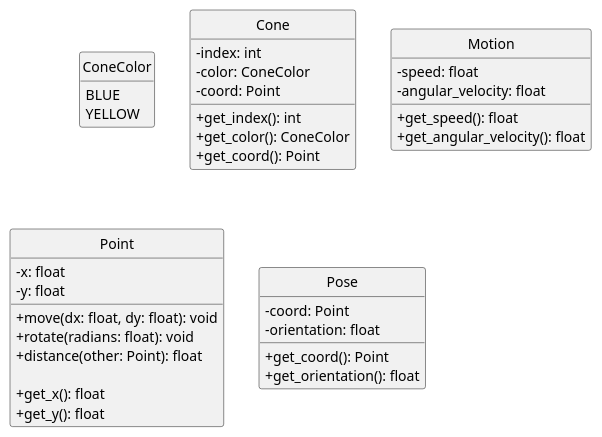
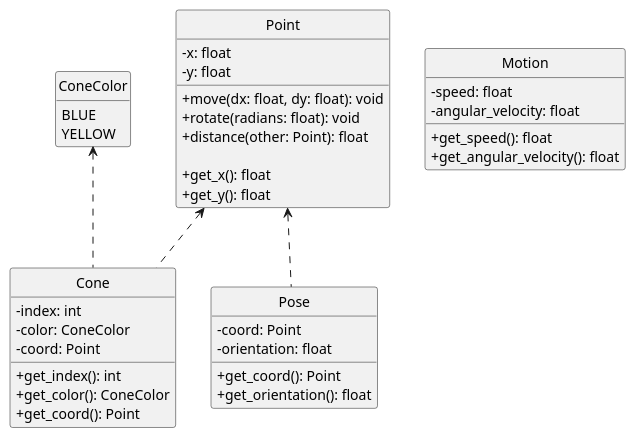
Before and after one commit to laFette21/thesis-bsc: the diagram in simulator/doc/simulator.puml, drawn with PlantUML.

```diff
--- a/simulator/doc/simulator.puml
+++ b/simulator/doc/simulator.puml
@@ -1,57 +1,61 @@
 @startuml Simulator
 
 skinparam Monochrome true
 skinparam ClassAttributeIconSize 0
 
 enum ConeColor
 {
     BLUE
     YELLOW
 }
 
 class Cone
 {
     -index: int
     -color: ConeColor
     -coord: Point
 
     +get_index(): int
     +get_color(): ConeColor
     +get_coord(): Point
 }
 
 class Motion
 {
     -speed: float
     -angular_velocity: float
 
     +get_speed(): float
     +get_angular_velocity(): float
 }
 
 class Point
 {
     -x: float
     -y: float
 
     +move(dx: float, dy: float): void
     +rotate(radians: float): void
     +distance(other: Point): float
 
     +get_x(): float
     +get_y(): float
 }
 
 class Pose
 {
     -coord: Point
     -orientation: float
 
     +get_coord(): Point
     +get_orientation(): float
 }
 
+Point <-. Pose
+Point <-. Cone
+ConeColor <-. Cone
+
 hide circle
 hide enum methods
 
 @enduml
```
